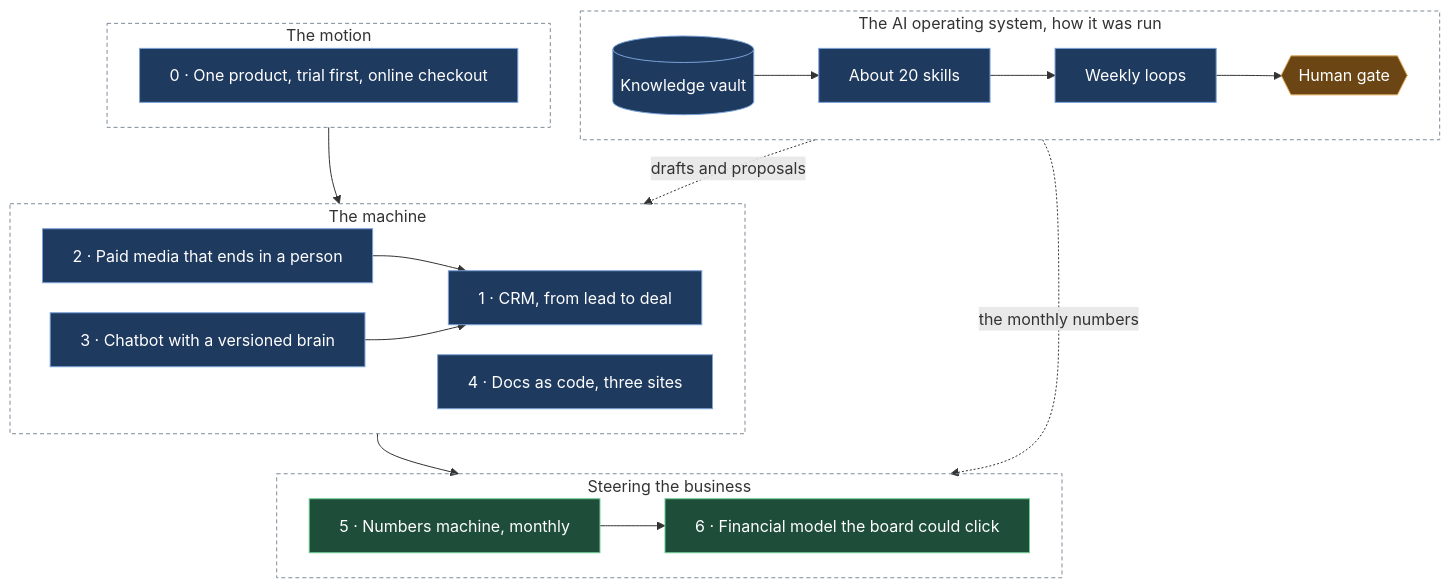
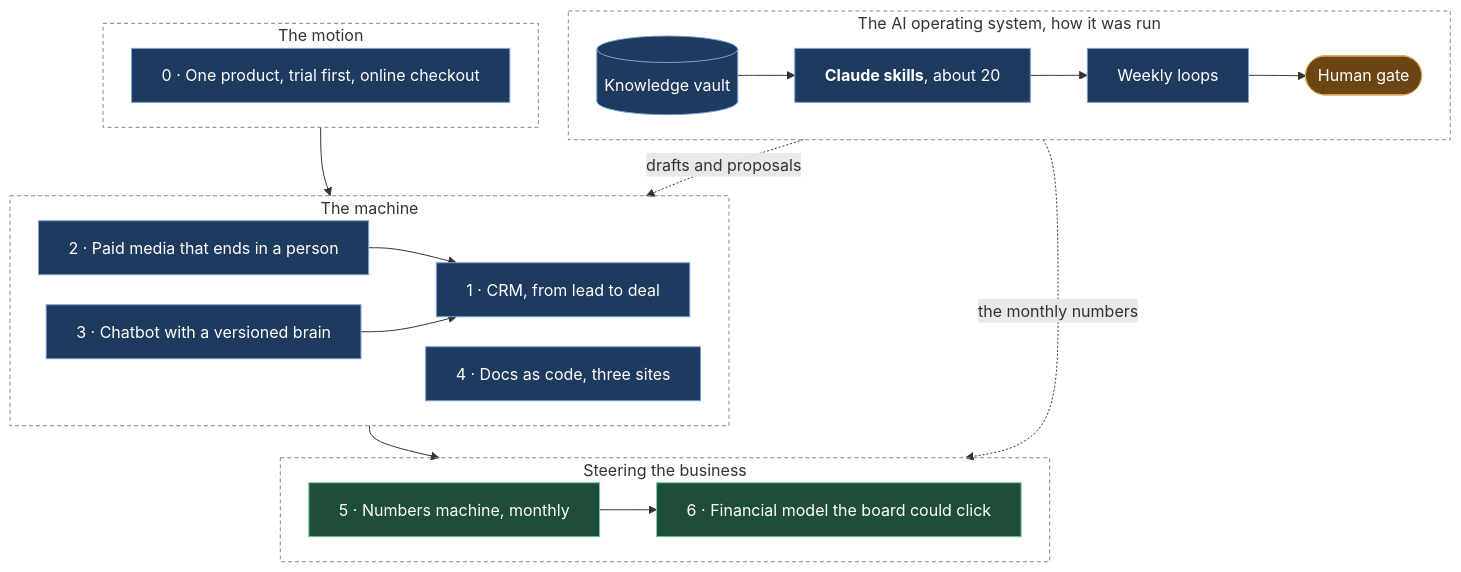
The diagram in README.md (nunomnferreirapt/ai-operated-growth-engine), drawn with Mermaid before and after one commit. The commit also changed 4 other files, not shown here.

First line of the commit message:
Diagrams to template v2: no diamonds, rounded boxes for a person, Claude skills named in bold, tighter spacing

````diff
--- a/README.md
+++ b/README.md
@@ -11,31 +11,31 @@
 ```mermaid
-%%{init: {"flowchart": {"wrappingWidth": 600, "nodeSpacing": 30, "rankSpacing": 40}}}%%
+%%{init: {"flowchart": {"wrappingWidth": 600, "nodeSpacing": 30, "rankSpacing": 32}}}%%
 flowchart TB
     subgraph OS["The AI operating system, how it was run"]
         direction LR
-        V[("Knowledge vault")]:::sys --> SK["About 20 skills"]:::sys --> L["Weekly loops"]:::sys --> G{{"Human gate"}}:::human
+        V[("Knowledge vault")]:::sys --> SK["`**Claude skills**, about 20`"]:::sys --> L["Weekly loops"]:::sys --> G(["Human gate"]):::human
     end
     subgraph MO["The motion"]
         C0["0 · One product, trial first, online checkout"]:::sys
     end
     subgraph MA["The machine"]
         direction LR
         C2["2 · Paid media that ends in a person"]:::sys --> C1["1 · CRM, from lead to deal"]:::sys
         C3["3 · Chatbot with a versioned brain"]:::sys --> C1
         C4["4 · Docs as code, three sites"]:::sys
     end
     subgraph ST["Steering the business"]
         direction LR
         C5["5 · Numbers machine, monthly"]:::out --> C6["6 · Financial model the board could click"]:::out
     end
     MO --> MA --> ST
     OS -. drafts and proposals .-> MA
     OS -. the monthly numbers .-> ST
     classDef sys fill:#1f3a5f,stroke:#7aa2d8,color:#ffffff
     classDef human fill:#6b4514,stroke:#e0a95a,color:#ffffff
     classDef out fill:#1e4d3a,stroke:#6fcf97,color:#ffffff
     style OS fill:transparent,stroke:#7f8c9a,stroke-dasharray:4 3
     style MO fill:transparent,stroke:#7f8c9a,stroke-dasharray:4 3
     style MA fill:transparent,stroke:#7f8c9a,stroke-dasharray:4 3
     style ST fill:transparent,stroke:#7f8c9a,stroke-dasharray:4 3
 ```
````
